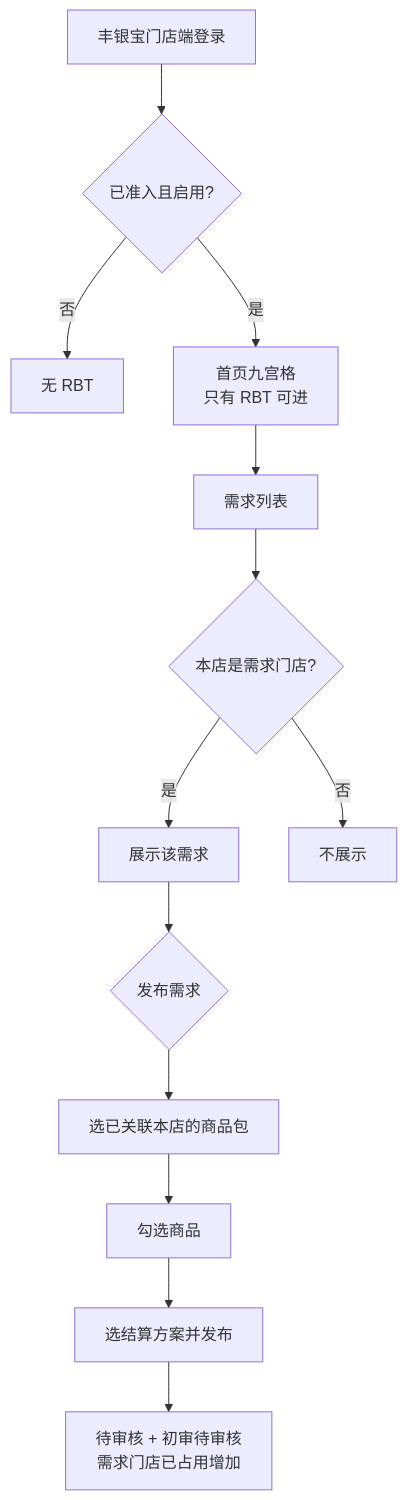
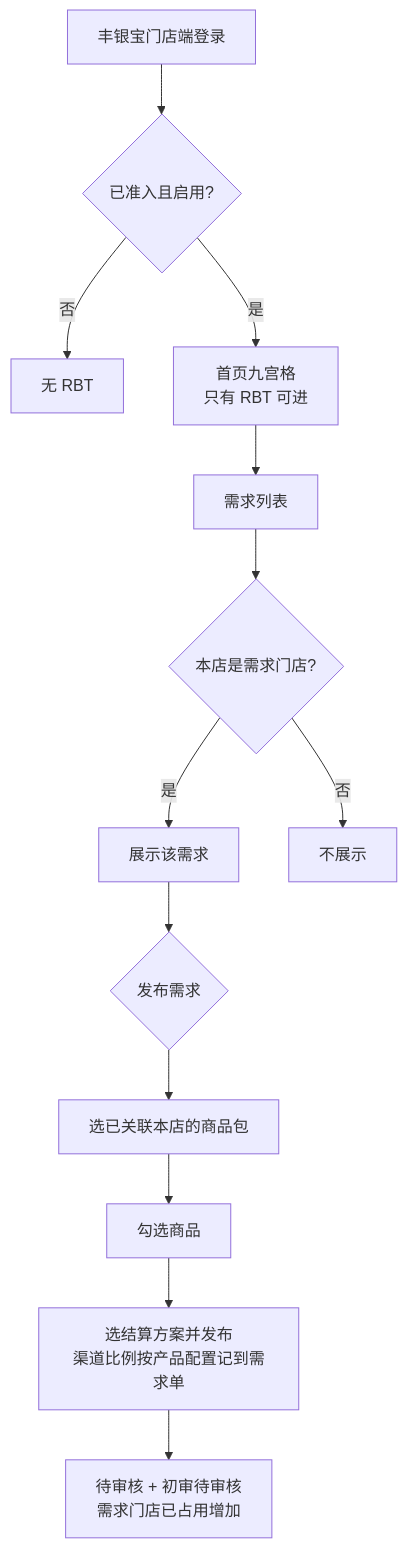
Before and after one commit to 342-droid/LFerp: the fourth of 7 diagrams in RBT/docs/1-整体业务流程图.md, drawn with Mermaid. The commit also changed other lines of this file and 51 other files, not shown here.

````diff
--- a/RBT/docs/1-整体业务流程图.md
+++ b/RBT/docs/1-整体业务流程图.md
@@ -116,15 +116,15 @@
 ```mermaid
 flowchart TB
   H0[丰银宝门店端登录] --> H1{已准入且启用?}
   H1 -->|否| HX[无 RBT]
   H1 -->|是| H2[首页九宫格<br/>只有 RBT 可进]
   H2 --> H3[需求列表]
   H3 --> H4{本店是需求门店?}
   H4 -->|是| H5[展示该需求]
   H4 -->|否| H6[不展示]
   H5 --> H7{发布需求}
   H7 --> H8[选已关联本店的商品包]
   H8 --> H9[勾选商品]
-  H9 --> H10[选结算方案并发布]
+  H9 --> H10[选结算方案并发布<br/>渠道比例按产品配置记到需求单]
   H10 --> H11[待审核 + 初审待审核<br/>需求门店已占用增加]
 ```
````
